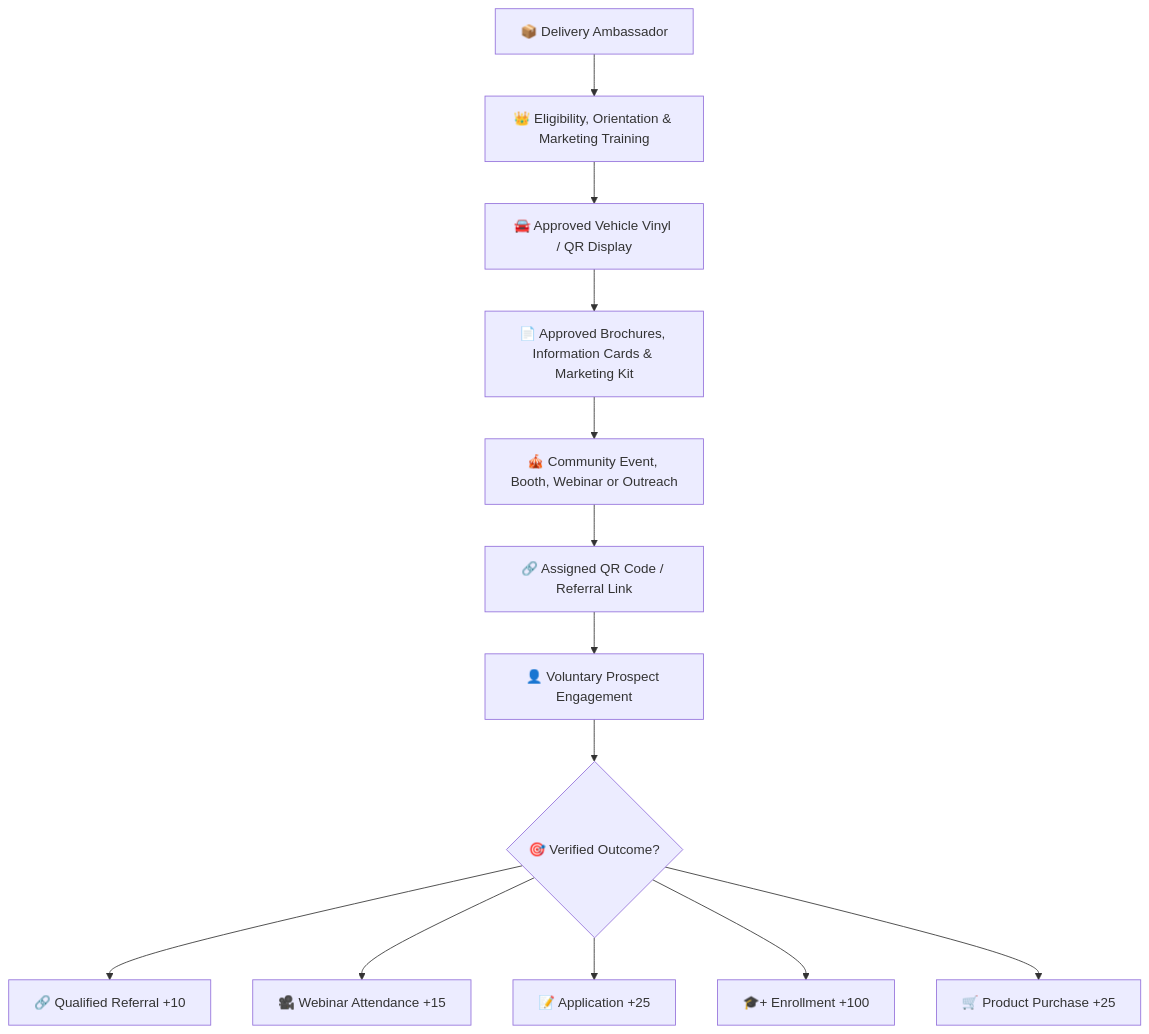
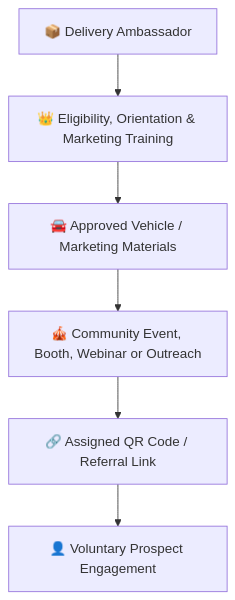
One commit to RIAHPathway/Website changed the second of 3 diagrams in Contributor-Benefits/DELIVERY.md. Above: the diagram before and after it, drawn with Mermaid. The commit also changed other lines of this file, not shown here.

Commit message:
Simplify Mermaid diagrams to high-level visual flows

````diff
--- a/Contributor-Benefits/DELIVERY.md
+++ b/Contributor-Benefits/DELIVERY.md
@@ -75,15 +75,8 @@
 ```mermaid
 flowchart TB
 A["📦 Delivery Ambassador"] --> B["👑 Eligibility, Orientation & Marketing Training"]
-B --> C["🚘 Approved Vehicle Vinyl / QR Display"]
-C --> D["📄 Approved Brochures, Information Cards & Marketing Kit"]
-D --> E["🎪 Community Event, Booth, Webinar or Outreach"]
-E --> F["🔗 Assigned QR Code / Referral Link"]
-F --> G["👤 Voluntary Prospect Engagement"]
-G --> H{"🎯 Verified Outcome?"}
-H --> I["🔗 Qualified Referral +10"]
-H --> J["🎥 Webinar Attendance +15"]
-H --> K["📝 Application +25"]
-H --> L["🎓+ Enrollment +100"]
-H --> M["🛒 Product Purchase +25"]
+B --> C["🚘 Approved Vehicle / Marketing Materials"]
+C --> D["🎪 Community Event, Booth, Webinar or Outreach"]
+D --> E["🔗 Assigned QR Code / Referral Link"]
+E --> F["👤 Voluntary Prospect Engagement"]
 ```
````
